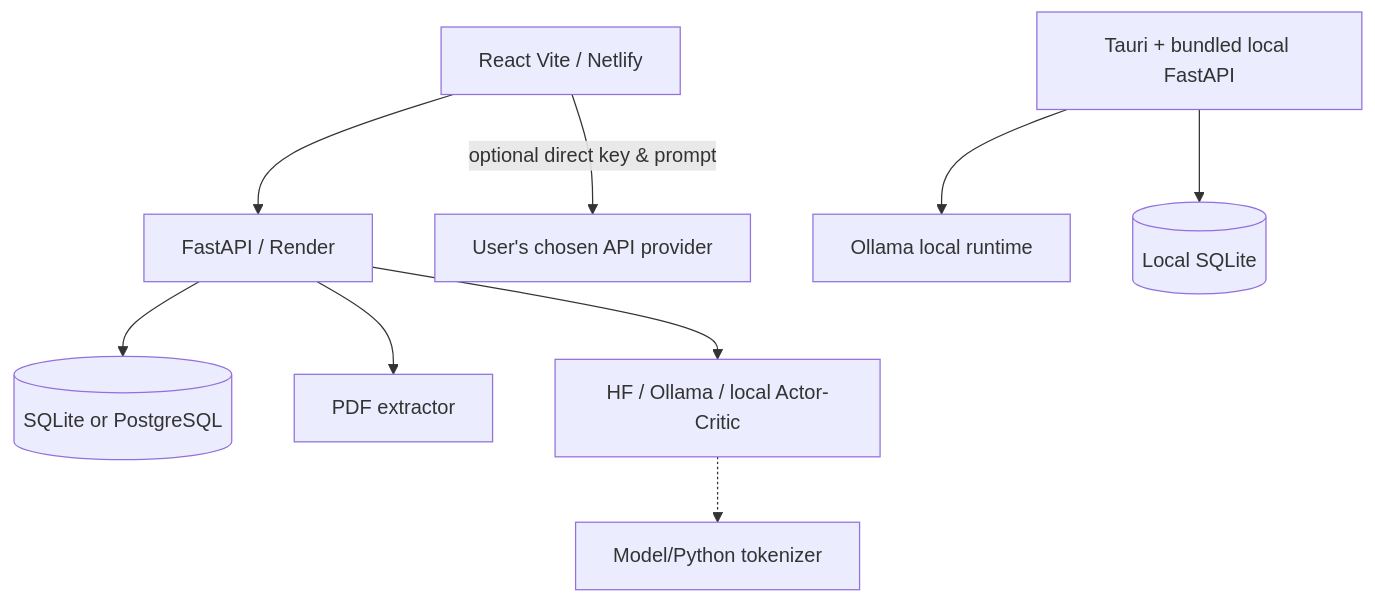
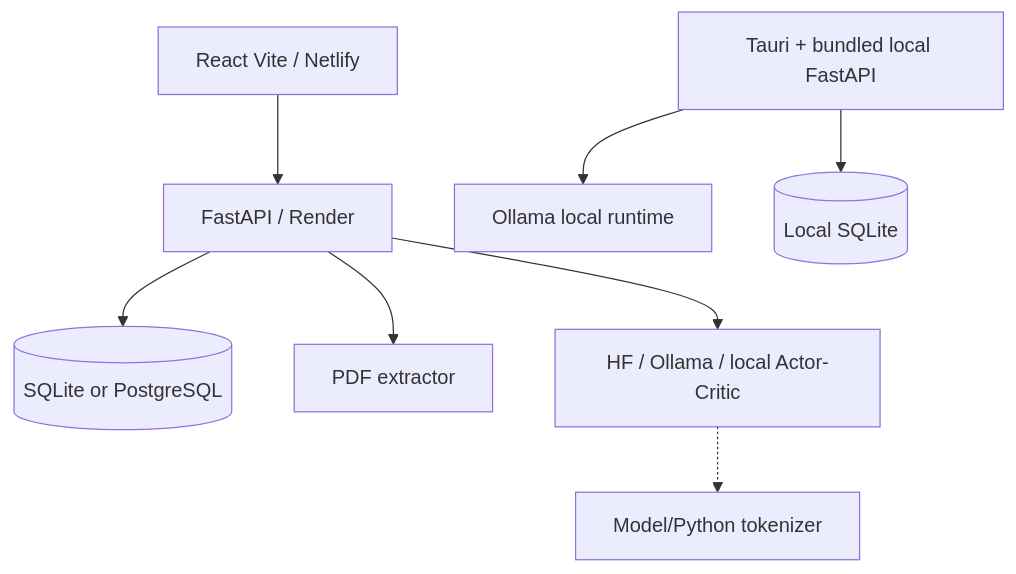
The diagram in README.md (KiritoTempest175/PACE), drawn with Mermaid before and after one commit. The commit also changed other lines of this file, not shown here.

Commit message:
docs(web): document server-only credentials and separate code panel

````diff
--- a/README.md
+++ b/README.md
@@ -27,11 +27,10 @@
 ```mermaid
 flowchart TD
   Web[React Vite / Netlify] --> API[FastAPI / Render]
-  Web -->|optional direct key & prompt| Provider[User's chosen API provider]
   API --> DB[(SQLite or PostgreSQL)]
   API --> PDFs[PDF extractor]
   API --> AI[HF / Ollama / local Actor-Critic]
   AI -.-> Tokens[Model/Python tokenizer]
   Desktop[Tauri + bundled local FastAPI] --> Ollama[Ollama local runtime]
   Desktop --> LocalDB[(Local SQLite)]
 ```
````
